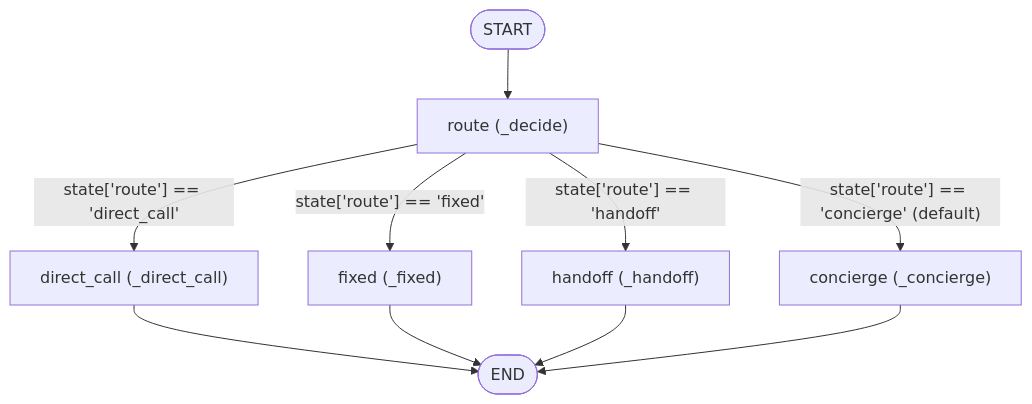
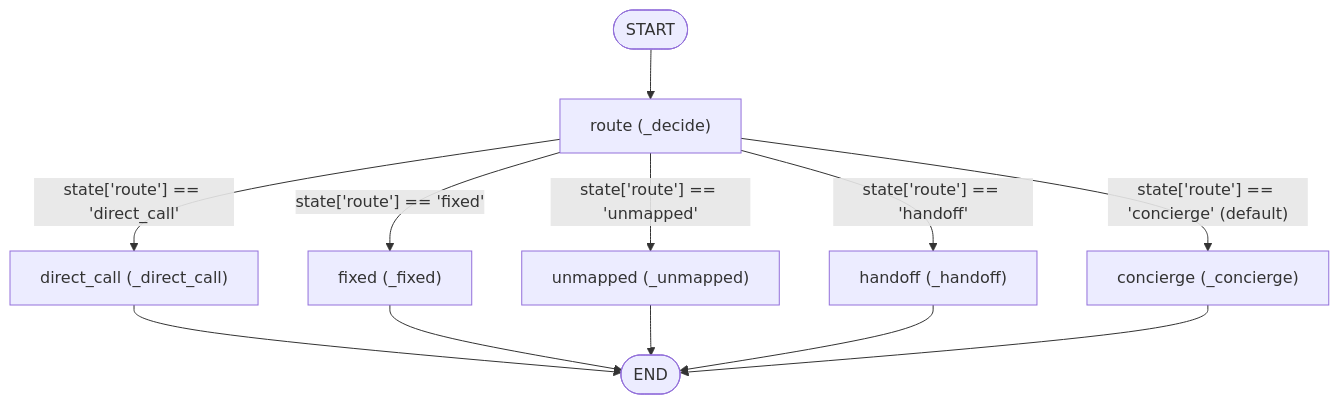
One commit to cheungyang/aoc changed the diagram in graphs/main/README.md. Above: the diagram before and after it, drawn with Mermaid. The commit also changed other lines of this file and 48 other files, not shown here.

````diff
--- a/graphs/main/README.md
+++ b/graphs/main/README.md
@@ -28,12 +30,14 @@
 ```mermaid
 flowchart TD
     START([START]) --> route["route (_decide)"]
     route -->|"state['route'] == 'direct_call'"| direct_call["direct_call (_direct_call)"]
     route -->|"state['route'] == 'fixed'"| fixed["fixed (_fixed)"]
+    route -->|"state['route'] == 'unmapped'"| unmapped["unmapped (_unmapped)"]
     route -->|"state['route'] == 'handoff'"| handoff["handoff (_handoff)"]
     route -->|"state['route'] == 'concierge' (default)"| concierge["concierge (_concierge)"]
     direct_call --> END([END])
     fixed --> END
+    unmapped --> END
     handoff --> END
     concierge --> END
 ```
````
